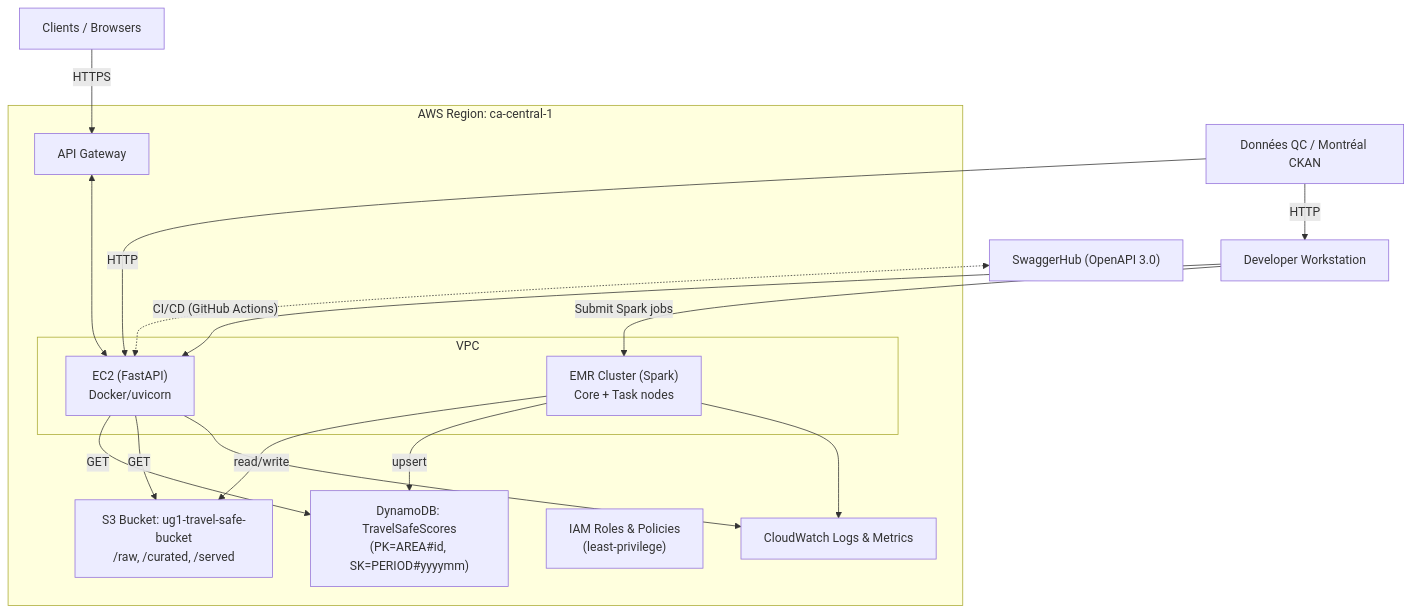
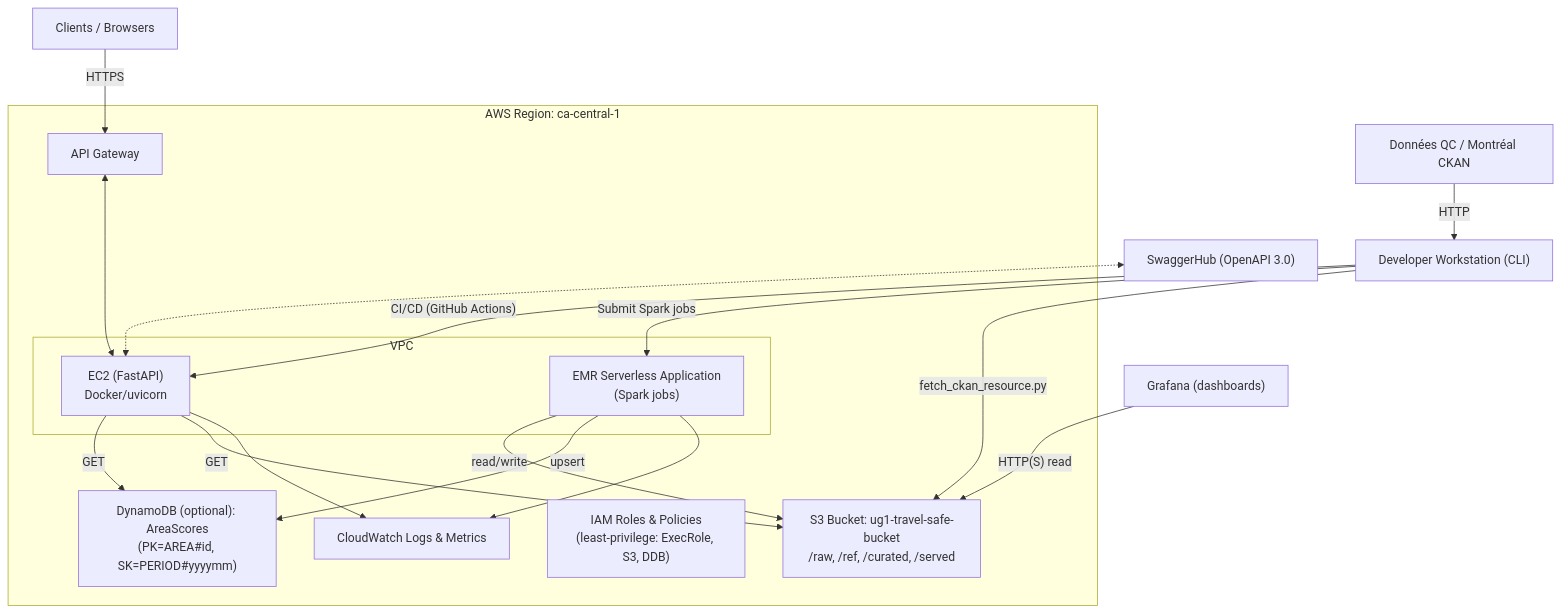
Before and after one commit to CelinZiad/UG1-Travel-Safe-COEN-424: the diagram in diagrams/deployment.mmd, drawn with Mermaid. The commit also changed 10 other files, not shown here.

```diff
--- a/diagrams/deployment.mmd
+++ b/diagrams/deployment.mmd
@@ -1,31 +1,33 @@
 graph TB
   subgraph "AWS Region: ca-central-1"
     subgraph "VPC"
       EC2["EC2 (FastAPI)\nDocker/uvicorn"]
-      EMR["EMR Cluster (Spark)\nCore + Task nodes"]
+      EMRS["EMR Serverless Application\n(Spark jobs)"]
     end
-    S3["S3 Bucket: ug1-travel-safe-bucket\n/raw, /curated, /served"]
-    DDB["DynamoDB: TravelSafeScores\n(PK=AREA#id, SK=PERIOD#yyyymm)"]
-    IAM["IAM Roles & Policies\n(least-privilege)"]
+    S3["S3 Bucket: ug1-travel-safe-bucket\n/raw, /ref, /curated, /served"]
+    DDB["DynamoDB (optional): AreaScores\n(PK=AREA#id, SK=PERIOD#yyyymm)"]
+    IAM["IAM Roles & Policies\n(least-privilege: ExecRole, S3, DDB)"]
     APIGW["API Gateway"]
     CW["CloudWatch Logs & Metrics"]
   end
 
   SwaggerHub["SwaggerHub (OpenAPI 3.0)"]
   CKAN["Données QC / Montréal CKAN"]
-  Dev["Developer Workstation"]
+  Dev["Developer Workstation (CLI)"]
   Users["Clients / Browsers"]
+  Graf["Grafana (dashboards)"]
 
   Dev -- "CI/CD (GitHub Actions)" --> EC2
-  Dev -- "Submit Spark jobs" --> EMR
-  CKAN -- "HTTP" --> EC2
+  Dev -- "Submit Spark jobs" --> EMRS
   CKAN -- "HTTP" --> Dev
+  Dev -- "fetch_ckan_resource.py" --> S3
+  EMRS -- "read/write" --> S3
+  EMRS -- "upsert" --> DDB
   EC2 -- "GET" --> DDB
   EC2 -- "GET" --> S3
-  EMR -- "read/write" --> S3
-  EMR -- "upsert" --> DDB
   APIGW <---> EC2
   Users -- "HTTPS" --> APIGW
+  Graf -- "HTTP(S) read" --> S3
   EC2 --> CW
-  EMR --> CW
+  EMRS --> CW
   SwaggerHub <-.-> EC2
```
